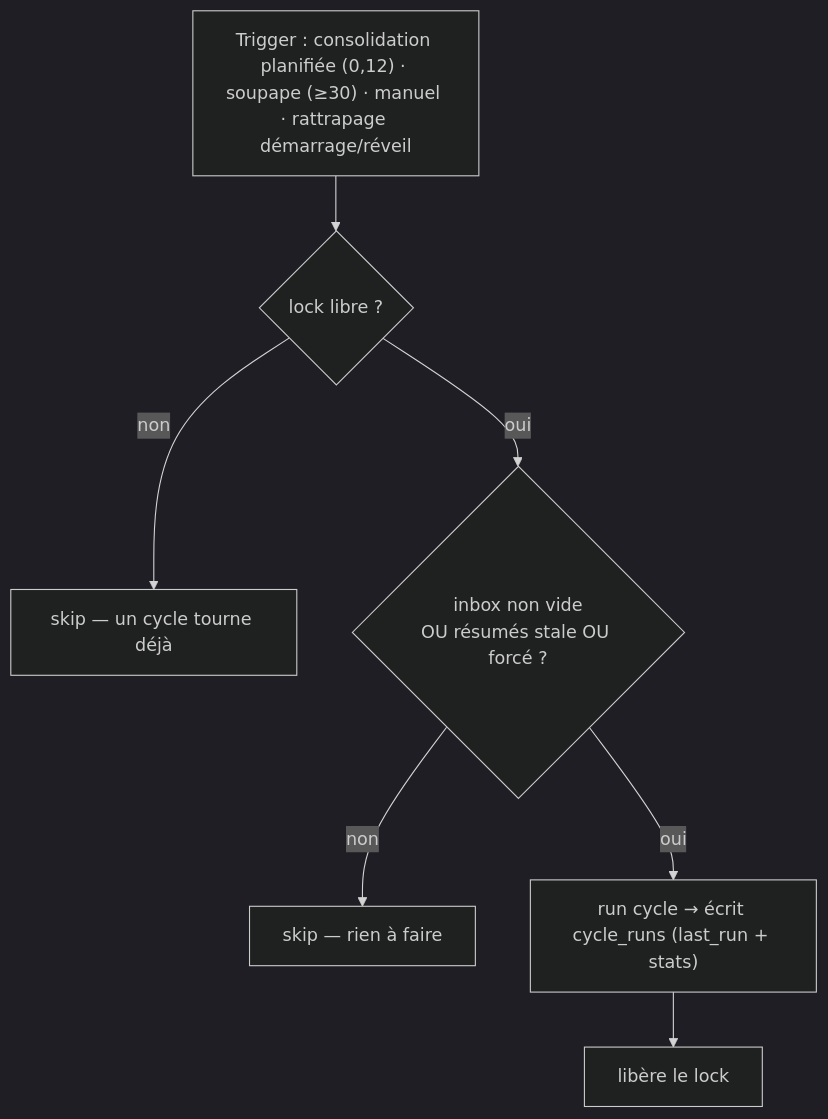
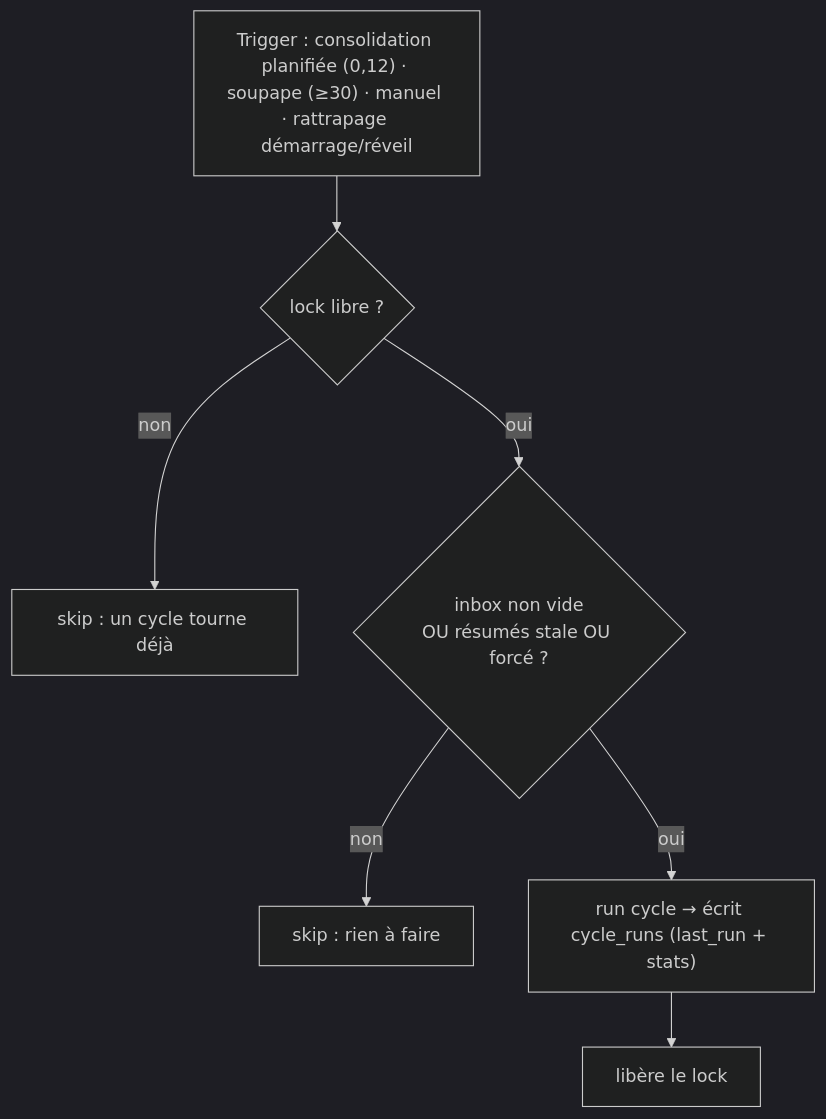
The fourth of 5 diagrams in docs/ARCHITECTURE.md (alexisraitano-myffu/synapse), drawn with Mermaid (dark theme) before and after one commit. The commit also changed other lines of this file and 2 other files, not shown here.

First line of the commit message:
docs: drop em/en dashes across docs (CLAUDE.md, ARCHITECTURE.md, engine map)

````diff
--- a/docs/ARCHITECTURE.md
+++ b/docs/ARCHITECTURE.md
@@ -231,9 +231,9 @@
 ```mermaid
 flowchart TD
     T["Trigger : consolidation planifiée (0,12) · soupape (≥30) · manuel · rattrapage démarrage/réveil"] --> L{"lock libre ?"}
-    L -->|non| S1["skip — un cycle tourne déjà"]
+    L -->|non| S1["skip : un cycle tourne déjà"]
     L -->|oui| I{"inbox non vide<br/>OU résumés stale OU forcé ?"}
-    I -->|non| S2["skip — rien à faire"]
+    I -->|non| S2["skip : rien à faire"]
     I -->|oui| R["run cycle → écrit cycle_runs (last_run + stats)"]
     R --> U["libère le lock"]
 ```
````
